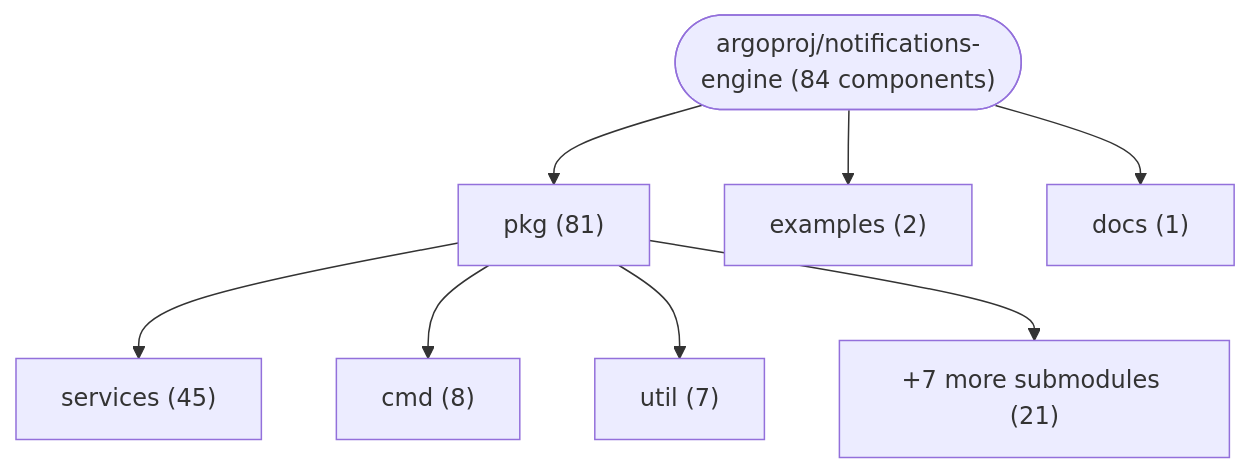
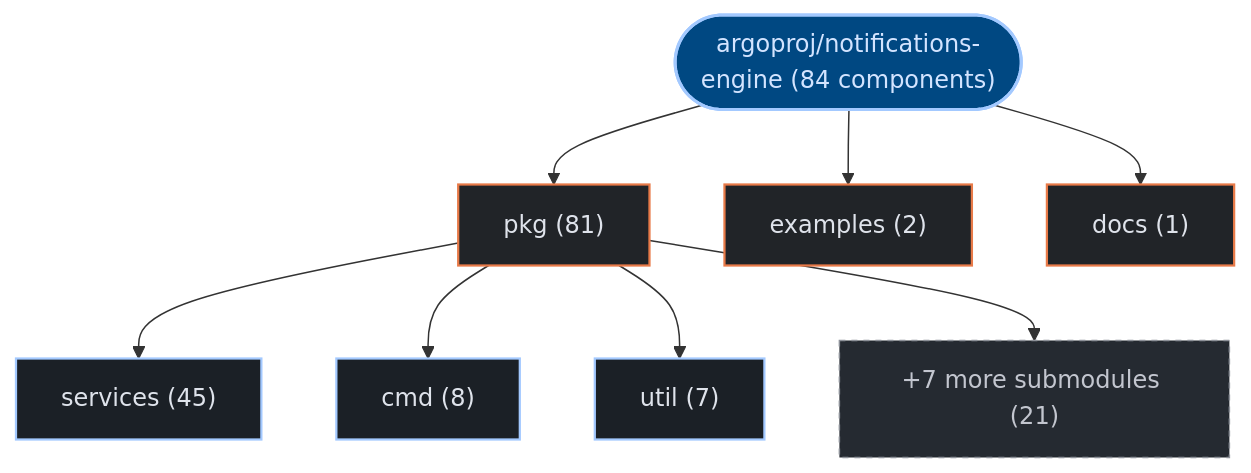
The first of 3 diagrams in exports/latest/reports/argoproj-notifications-engine-report.md (kumarshaz/atruss-code-atlas), drawn with Mermaid before and after one commit. The commit also changed other lines of this file and 331 other files, not shown here.

Commit message:
docs,ui,fix: update SDLC docs, reorder CI/CD DAG first, stylize Mermaid, and fix Arc42 pipeline topology

````diff
--- a/exports/latest/reports/argoproj-notifications-engine-report.md
+++ b/exports/latest/reports/argoproj-notifications-engine-report.md
@@ -42,18 +42,25 @@
 ```mermaid
 graph TD;
-    repo_root(["argoproj/notifications-engine (84 components)"])
-    dir_0_pkg["pkg (81)"]
+  classDef atlasRoot fill:#004882,stroke:#a3c9ff,stroke-width:2px,color:#d3e4ff
+  classDef atlasCategory fill:#212428,stroke:#E87A48,stroke-width:1.5px,color:#dfe3eb
+  classDef atlasWorkflow fill:#1b2026,stroke:#a3c9ff,stroke-width:1.5px,color:#dfe3eb
+  classDef atlasJob fill:#171c22,stroke:#8d9199,stroke-width:1px,color:#dfe3eb
+  classDef atlasTarget fill:#005227,stroke:#8bd99b,stroke-width:1.5px,color:#a7f6b6
+  classDef atlasAlert fill:#93000a,stroke:#ffb4ab,stroke-width:1.5px,color:#ffdad6
+  classDef atlasMore fill:#252a31,stroke:#8d9199,stroke-dasharray:4 4,color:#c3c6cf
+    repo_root(["argoproj/notifications-engine (84 components)"]):::atlasRoot
+    dir_0_pkg["pkg (81)"]:::atlasCategory
     repo_root --> dir_0_pkg
-    sub_0_0_services["services (45)"]
+    sub_0_0_services["services (45)"]:::atlasWorkflow
     dir_0_pkg --> sub_0_0_services
-    sub_0_1_cmd["cmd (8)"]
+    sub_0_1_cmd["cmd (8)"]:::atlasWorkflow
     dir_0_pkg --> sub_0_1_cmd
-    sub_0_2_util["util (7)"]
+    sub_0_2_util["util (7)"]:::atlasWorkflow
     dir_0_pkg --> sub_0_2_util
-    sub_0_more["+7 more submodules (21)"]
+    sub_0_more["+7 more submodules (21)"]:::atlasMore
     dir_0_pkg --> sub_0_more
-    dir_1_examples["examples (2)"]
+    dir_1_examples["examples (2)"]:::atlasCategory
     repo_root --> dir_1_examples
-    dir_2_docs["docs (1)"]
+    dir_2_docs["docs (1)"]:::atlasCategory
     repo_root --> dir_2_docs
 ```
````
